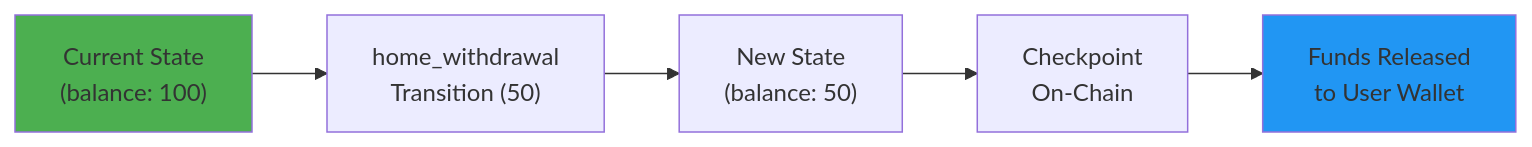
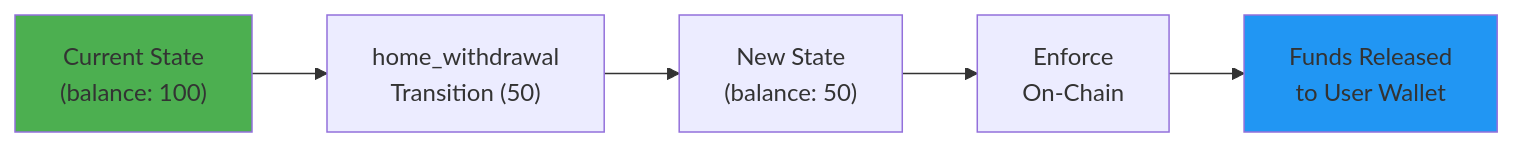
One commit to layer-3/docs changed the ninth of 9 diagrams in docs/nitrolite/learn/protocol-flows/home-channel-withdrawal.mdx. Above: the diagram before and after it, drawn with Mermaid. The commit also changed other lines of this file and 20 other files, not shown here.

````diff
--- a/docs/nitrolite/learn/protocol-flows/home-channel-withdrawal.mdx
+++ b/docs/nitrolite/learn/protocol-flows/home-channel-withdrawal.mdx
@@ -337,10 +336,10 @@
 ```mermaid
 flowchart LR
     A["Current State<br/>(balance: 100)"] --> B["home_withdrawal<br/>Transition (50)"]
     B --> C["New State<br/>(balance: 50)"]
-    C --> D["Checkpoint<br/>On-Chain"]
+    C --> D["Enforce<br/>On-Chain"]
     D --> E["Funds Released<br/>to User Wallet"]
 
     style A fill:#4caf50
     style E fill:#2196f3
 ```
````
